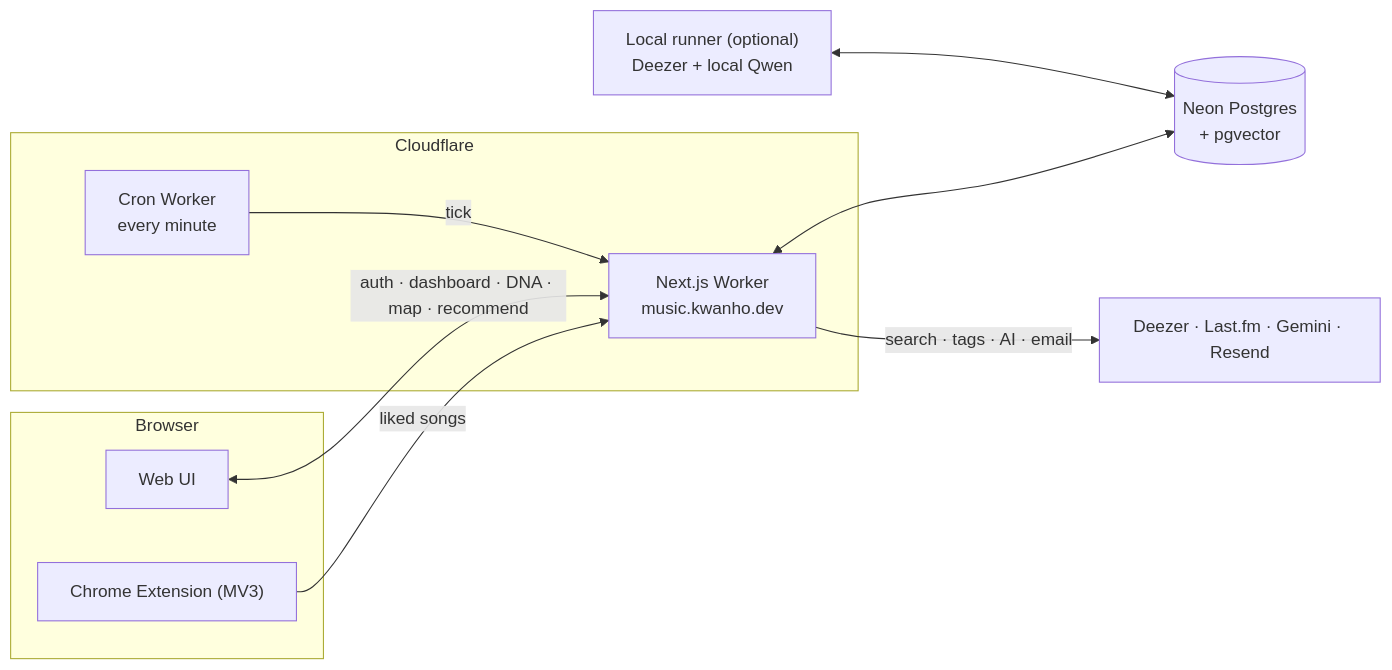
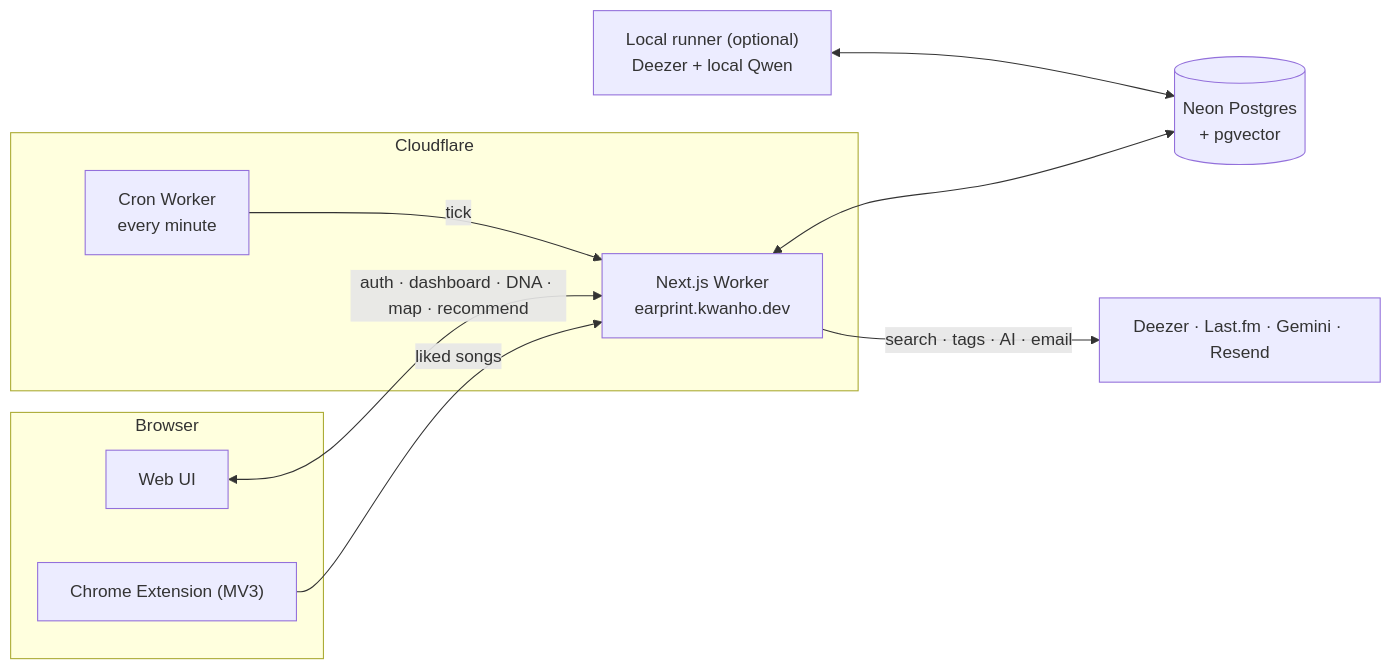
The first of 2 diagrams in README.md (KKWANH/earprint), drawn with Mermaid before and after one commit. The commit also changed other lines of this file and 9 other files, not shown here.

First line of the commit message:
Move the app domain to earprint.kwanho.dev

````diff
--- a/README.md
+++ b/README.md
@@ -55,20 +55,20 @@
 ```mermaid
 flowchart LR
   subgraph Browser
     EXT["Chrome Extension (MV3)"]
     UI["Web UI"]
   end
   subgraph Cloudflare
-    WEB["Next.js Worker<br/>music.kwanho.dev"]
+    WEB["Next.js Worker<br/>earprint.kwanho.dev"]
     CRON["Cron Worker<br/>every minute"]
   end
   DB[("Neon Postgres<br/>+ pgvector")]
   LOCAL["Local runner (optional)<br/>Deezer + local Qwen"]
   API["Deezer · Last.fm · Gemini · Resend"]
   EXT -- "liked songs" --> WEB
   UI <-- "auth · dashboard · DNA · map · recommend" --> WEB
   CRON -- "tick" --> WEB
   WEB <--> DB
   LOCAL <--> DB
   WEB -- "search · tags · AI · email" --> API
 ```
````
